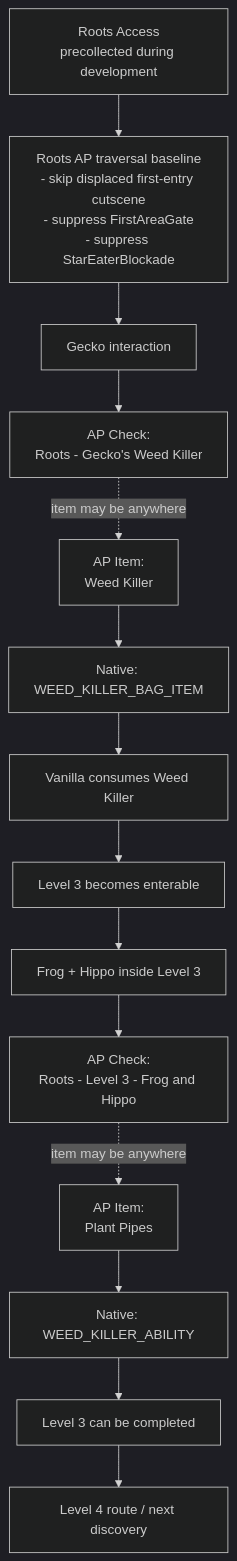
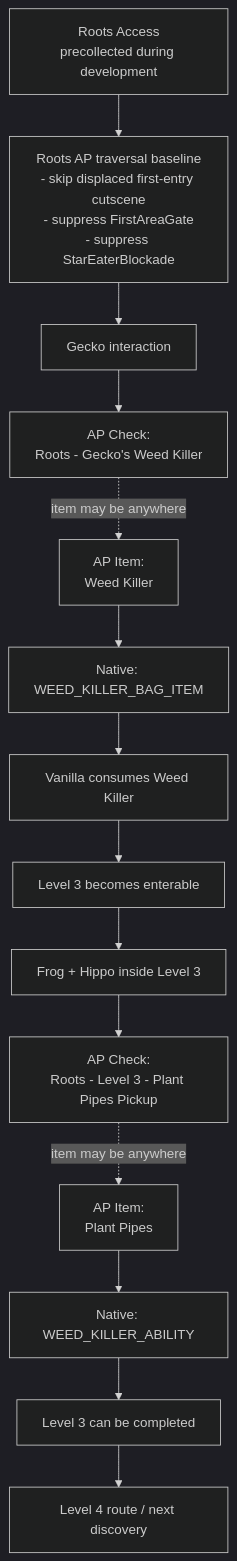
One commit to Akamarus/Super-Crazy-Rhythm-Castle-Archipelago changed the second of 4 diagrams in docs/PROJECT_OVERVIEW.md. Above: the diagram before and after it, drawn with Mermaid (dark theme). The commit also changed other lines of this file and 117 other files, not shown here.

````diff
--- a/docs/PROJECT_OVERVIEW.md
+++ b/docs/PROJECT_OVERVIEW.md
@@ -157,23 +182,23 @@
 ```mermaid
 flowchart TD
     RA[Roots Access\nprecollected during development]
     BASE[Roots AP traversal baseline\n- skip displaced first-entry cutscene\n- suppress FirstAreaGate\n- suppress StarEaterBlockade]
     GECKO[Gecko interaction]
     WKCHECK[AP Check:\nRoots - Gecko's Weed Killer]
     WK[AP Item:\nWeed Killer]
     WKFLAG[Native: WEED_KILLER_BAG_ITEM]
     CONSUME[Vanilla consumes Weed Killer]
     L3OPEN[Level 3 becomes enterable]
     FROG[Frog + Hippo inside Level 3]
-    PPCHECK[AP Check:\nRoots - Level 3 - Frog and Hippo]
+    PPCHECK[AP Check:\nRoots - Level 3 - Plant Pipes Pickup]
     PP[AP Item:\nPlant Pipes]
     PPFLAG[Native: WEED_KILLER_ABILITY]
     L3DONE[Level 3 can be completed]
     L4[Level 4 route / next discovery]
 
     RA --> BASE --> GECKO --> WKCHECK
     WKCHECK -. item may be anywhere .-> WK
     WK --> WKFLAG --> CONSUME --> L3OPEN --> FROG --> PPCHECK
     PPCHECK -. item may be anywhere .-> PP
     PP --> PPFLAG --> L3DONE --> L4
 ```
````
